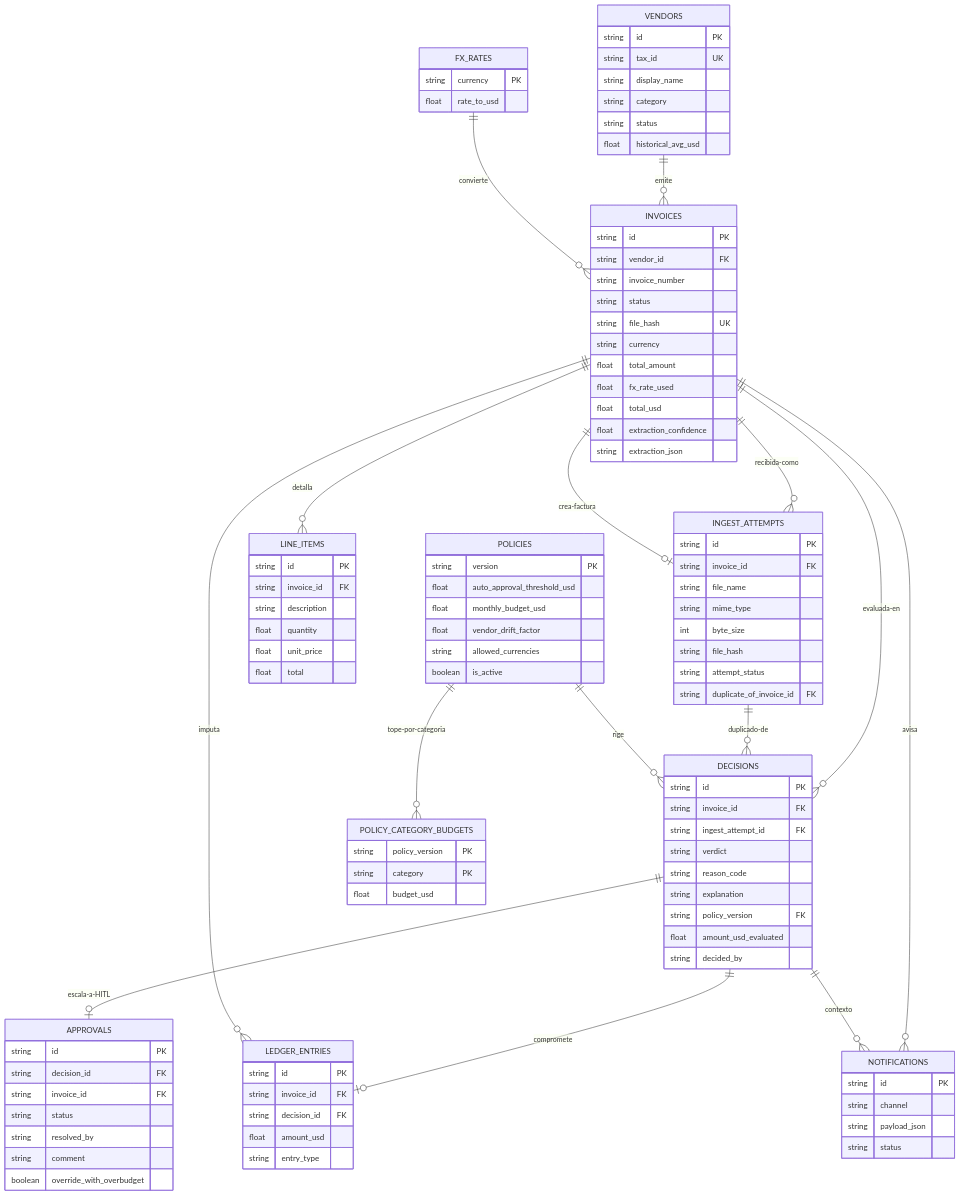
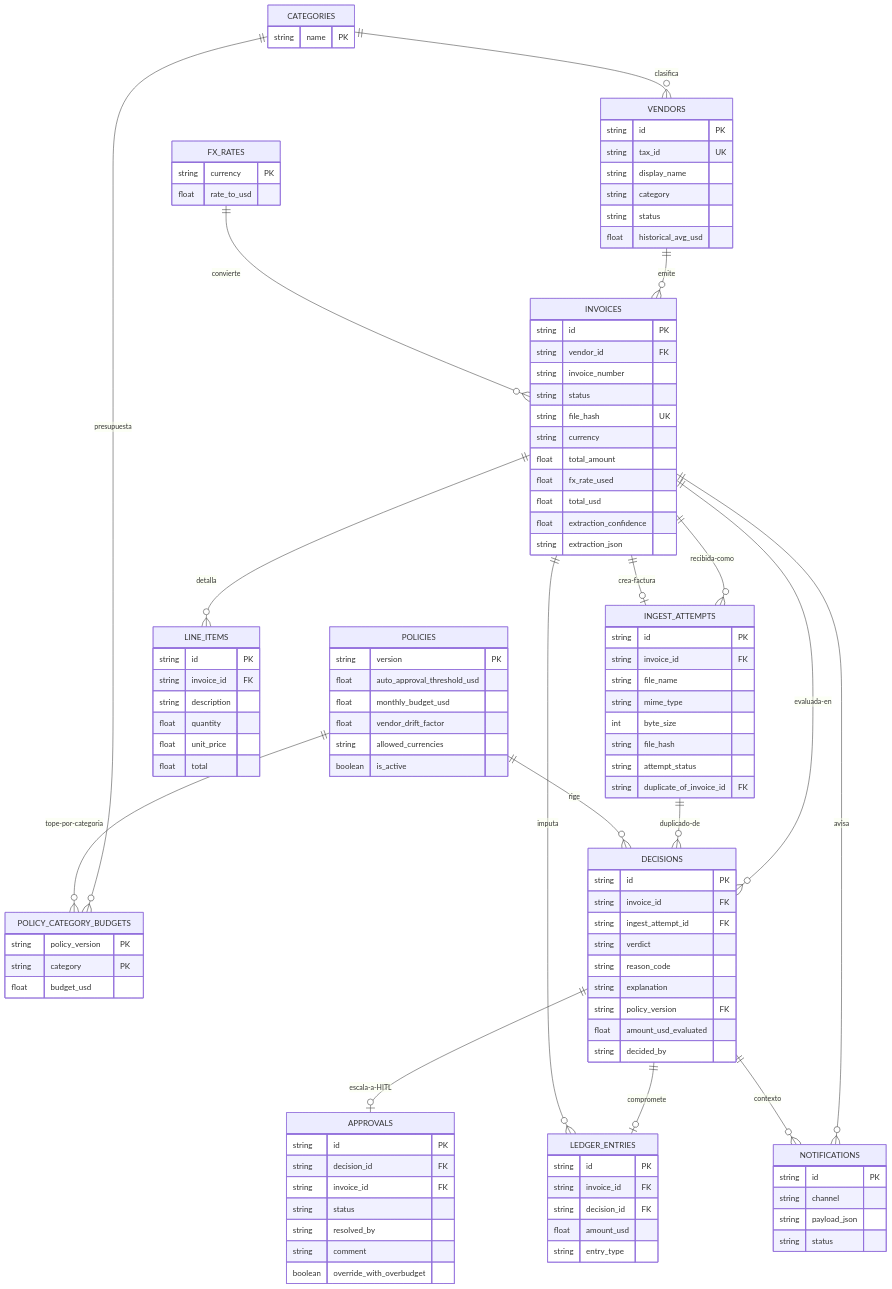
Before and after one commit to d4sf/faktur: the diagram in docs/propuesta_modelo_ER_faktur.md, drawn with Mermaid. The commit also changed other lines of this file and 5 other files, not shown here.

Commit message:
docs: add t3 sqlite spec, plan and er diagram updates

````diff
--- a/docs/propuesta_modelo_ER_faktur.md
+++ b/docs/propuesta_modelo_ER_faktur.md
@@ -219,5 +227,7 @@
 ```mermaid
 erDiagram
+    CATEGORIES ||--o{ VENDORS : "clasifica"
+    CATEGORIES ||--o{ POLICY_CATEGORY_BUDGETS : "presupuesta"
     VENDORS ||--o{ INVOICES : "emite"
     INVOICES ||--o{ INGEST_ATTEMPTS : "recibida-como"
     INGEST_ATTEMPTS o|--|| INVOICES : "crea-factura"
@@ -233,6 +243,9 @@
     DECISIONS ||--o{ NOTIFICATIONS : "contexto"
     FX_RATES ||--o{ INVOICES : "convierte"
 
+    CATEGORIES {
+        string name PK
+    }
     VENDORS {
         string id PK
         string tax_id UK
````
